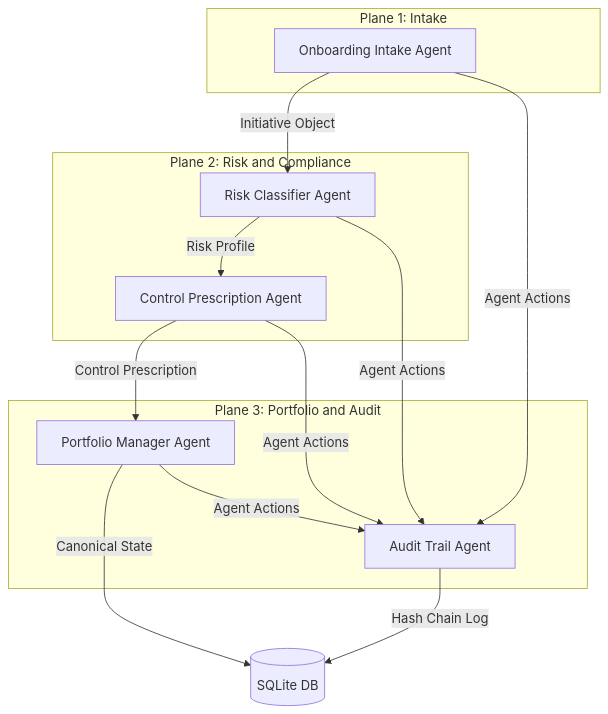
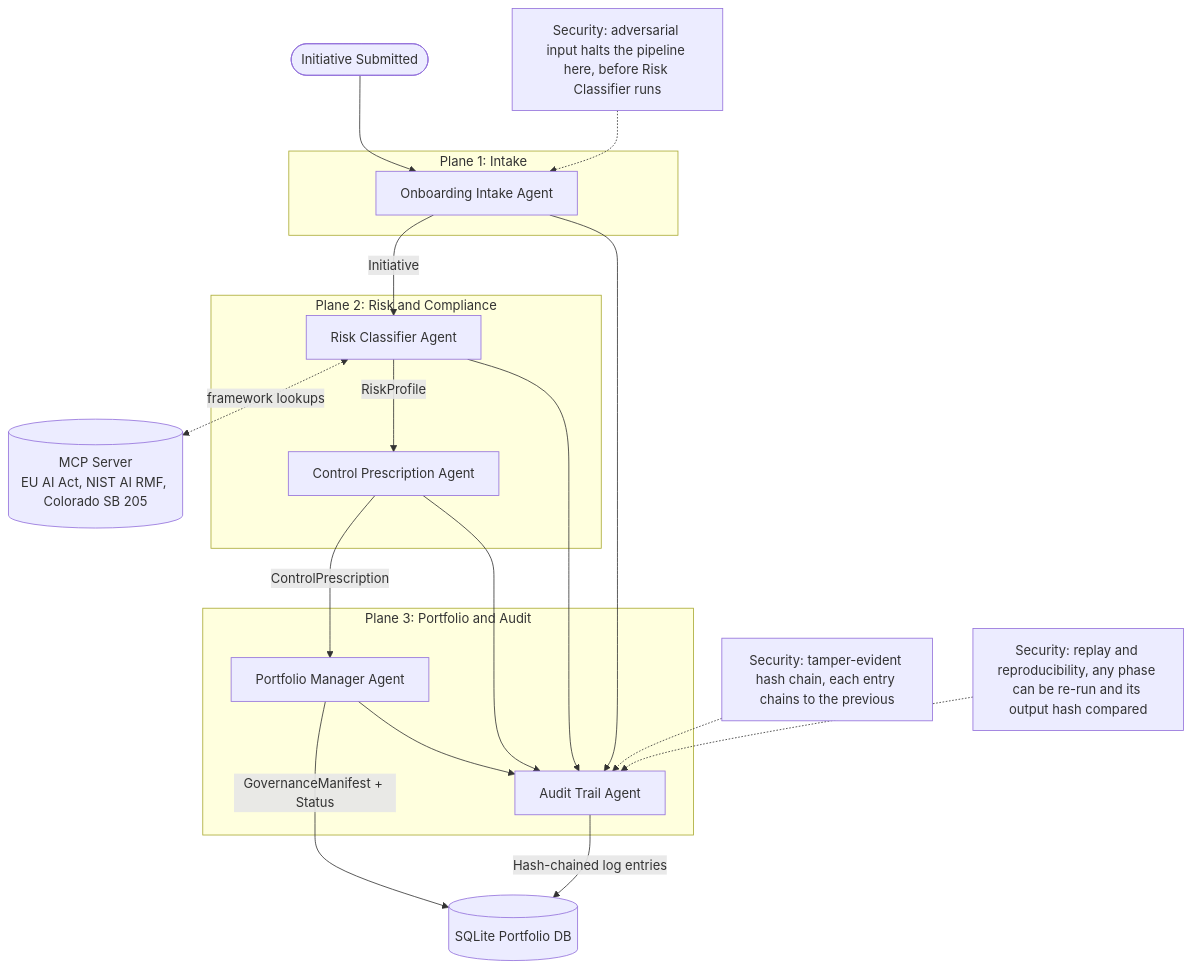
One commit to reneemanzari-ship-it/glasswing-agent changed the diagram in README.md. Above: the diagram before and after it, drawn with Mermaid. The commit also changed other lines of this file and 4 other files, not shown here.

````diff
--- a/README.md
+++ b/README.md
@@ -19,24 +29,35 @@
 ```mermaid
 graph TD
-    subgraph Plane 1: Intake
-        A[Onboarding Intake Agent]
+    U(["Initiative Submitted"]) --> A
+
+    subgraph Plane1 ["Plane 1: Intake"]
+        A["Onboarding Intake Agent"]
     end
 
-    subgraph Plane 2: Risk and Compliance
-        B[Risk Classifier Agent]
-        C[Control Prescription Agent]
+    subgraph Plane2 ["Plane 2: Risk and Compliance"]
+        B["Risk Classifier Agent"]
+        C["Control Prescription Agent"]
     end
 
-    subgraph Plane 3: Portfolio and Audit
-        D[Portfolio Manager Agent]
-        E[Audit Trail Agent]
+    subgraph Plane3 ["Plane 3: Portfolio and Audit"]
+        D["Portfolio Manager Agent"]
+        E["Audit Trail Agent"]
     end
 
-    A -->|Initiative Object| B
-    B -->|Risk Profile| C
-    C -->|Control Prescription| D
-    D -->|Canonical State| SQLite[(SQLite DB)]
-    
-    A & B & C & D -->|Agent Actions| E
-    E -->|Hash Chain Log| SQLite
+    MCP[("MCP Server<br/>EU AI Act, NIST AI RMF, Colorado SB 205")]
+
+    A -->|"Initiative"| B
+    B <-.->|"framework lookups"| MCP
+    B -->|"RiskProfile"| C
+    C -->|"ControlPrescription"| D
+    D -->|"GovernanceManifest + Status"| SQLite[("SQLite Portfolio DB")]
+    A --> E
+    B --> E
+    C --> E
+    D --> E
+    E -->|"Hash-chained log entries"| SQLite
+
+    SEC1["Security: adversarial input halts the pipeline here, before Risk Classifier runs"] -.-> A
+    SEC2["Security: tamper-evident hash chain, each entry chains to the previous"] -.-> E
+    SEC3["Security: replay and reproducibility, any phase can be re-run and its output hash compared"] -.-> E
 ```
````
